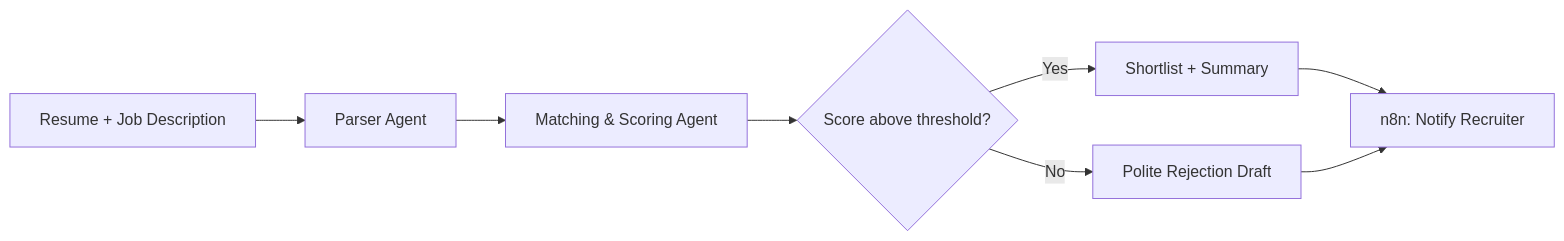
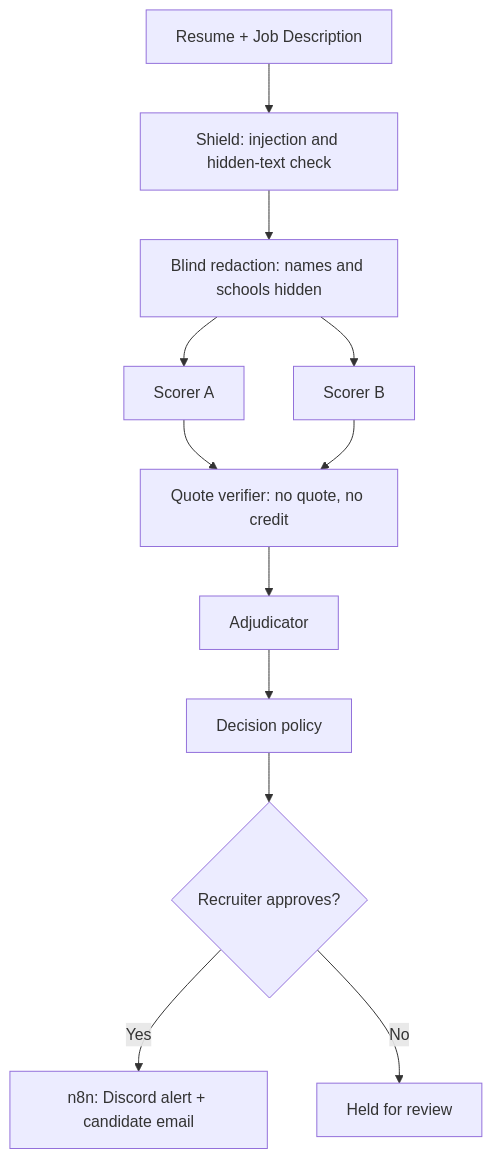
One commit to punit2911/punit2911 changed the diagram in README.md. Above: the diagram before and after it, drawn with Mermaid. The commit also changed other lines of this file, not shown here.

````diff
--- a/README.md
+++ b/README.md
@@ -50,10 +50,14 @@
 ```mermaid
-flowchart LR
-    A[Resume + Job Description] --> B[Parser Agent]
-    B --> C[Matching & Scoring Agent]
-    C --> D{Score above threshold?}
-    D -- Yes --> E[Shortlist + Summary]
-    D -- No --> F[Polite Rejection Draft]
-    E --> G[n8n: Notify Recruiter]
-    F --> G
+flowchart TD
+    A[Resume + Job Description] --> B[Shield: injection and hidden-text check]
+    B --> C[Blind redaction: names and schools hidden]
+    C --> D[Scorer A]
+    C --> E[Scorer B]
+    D --> F[Quote verifier: no quote, no credit]
+    E --> F
+    F --> G[Adjudicator]
+    G --> H[Decision policy]
+    H --> I{Recruiter approves?}
+    I -- Yes --> J[n8n: Discord alert + candidate email]
+    I -- No --> K[Held for review]
 ```
````
